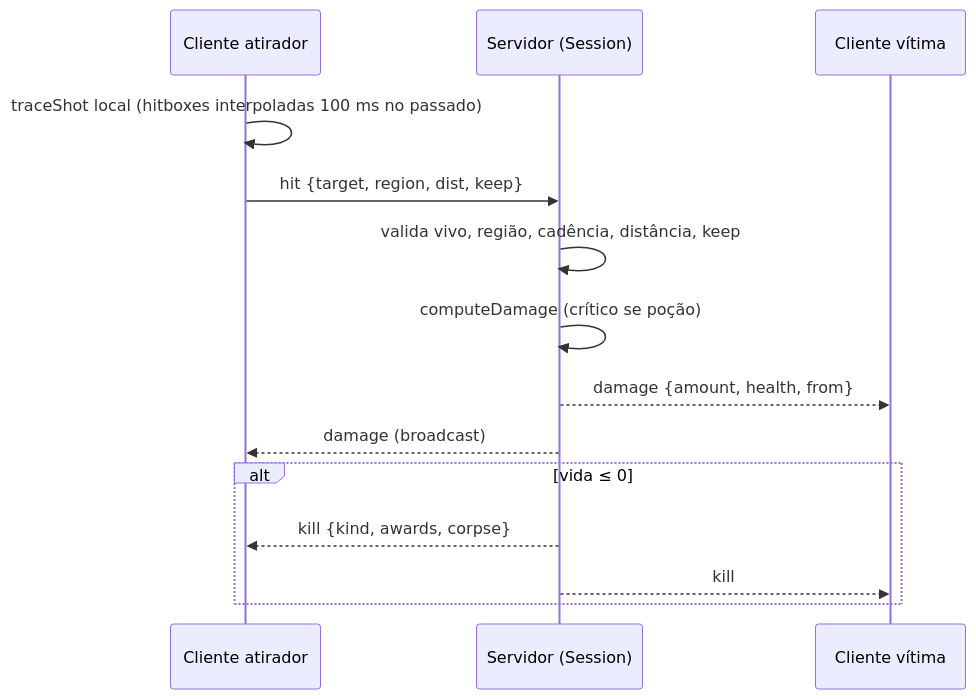
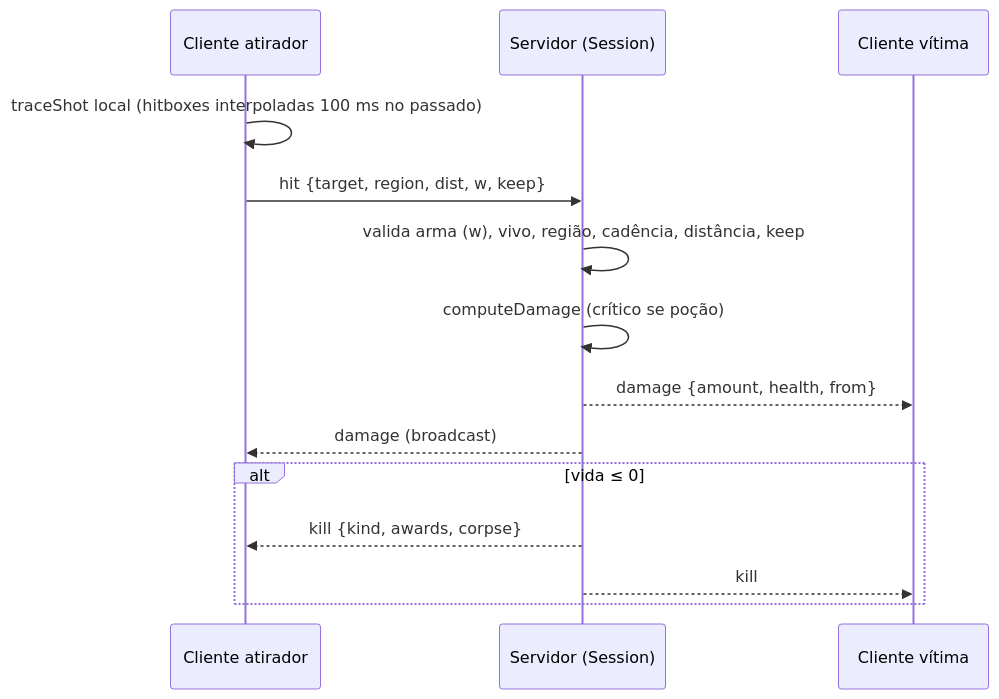
One commit to JPLabussiereF/offensive-combat-reload changed the diagram in Game-Vault/02 - Gameplay & Mechanics/Damage System.md. Above: the diagram before and after it, drawn with Mermaid. The commit also changed other lines of this file and 123 other files, not shown here.

````diff
--- a/Game-Vault/02 - Gameplay & Mechanics/Damage System.md
+++ b/Game-Vault/02 - Gameplay & Mechanics/Damage System.md
@@ -107,16 +112,16 @@
 ```mermaid
 sequenceDiagram
     participant A as Cliente atirador
     participant S as Servidor (Session)
     participant V as Cliente vítima
     A->>A: traceShot local (hitboxes interpoladas 100 ms no passado)
-    A->>S: hit {target, region, dist, keep}
-    S->>S: valida vivo, região, cadência, distância, keep
+    A->>S: hit {target, region, dist, w, keep}
+    S->>S: valida arma (w), vivo, região, cadência, distância, keep
     S->>S: computeDamage (crítico se poção)
     S-->>V: damage {amount, health, from}
     S-->>A: damage (broadcast)
     alt vida ≤ 0
         S-->>A: kill {kind, awards, corpse}
         S-->>V: kill
     end
 ```
````
